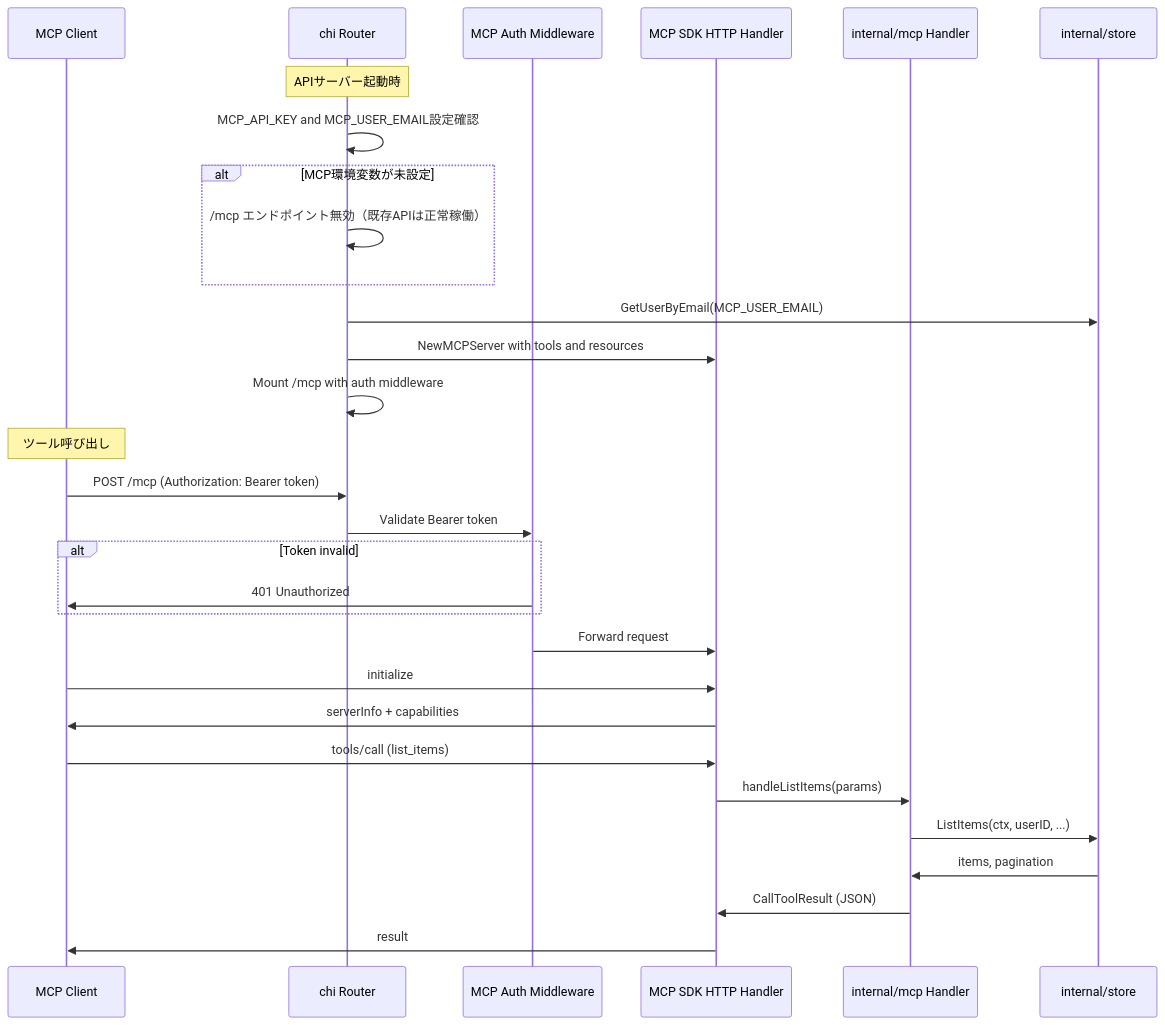
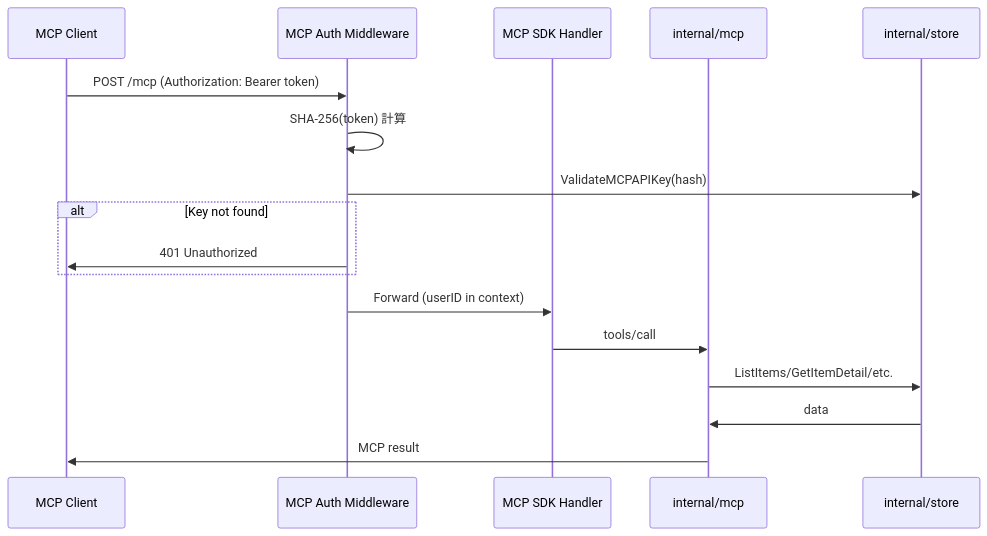
The third of 3 diagrams in .kiro/specs/mcp-article-features/design.md (hitoshiichikawa/altpocket-server), drawn with Mermaid before and after one commit. The commit also changed other lines of this file and 2 other files, not shown here.

````diff
--- a/.kiro/specs/mcp-article-features/design.md
+++ b/.kiro/specs/mcp-article-features/design.md
@@ -97,35 +107,20 @@
 ```mermaid
 sequenceDiagram
     participant Client as MCP Client
-    participant Router as chi Router
     participant Auth as MCP Auth Middleware
-    participant SDK as MCP SDK HTTP Handler
-    participant Handler as internal/mcp Handler
+    participant SDK as MCP SDK Handler
+    participant Handler as internal/mcp
     participant Store as internal/store
 
-    Note over Router: APIサーバー起動時
-    Router->>Router: MCP_API_KEY and MCP_USER_EMAIL設定確認
-    alt MCP環境変数が未設定
-        Router->>Router: /mcp エンドポイント無効（既存APIは正常稼働）
-    end
-    Router->>Store: GetUserByEmail(MCP_USER_EMAIL)
-    Router->>SDK: NewMCPServer with tools and resources
-    Router->>Router: Mount /mcp with auth middleware
-
-    Note over Client: ツール呼び出し
-    Client->>Router: POST /mcp (Authorization: Bearer token)
-    Router->>Auth: Validate Bearer token
-    alt Token invalid
+    Client->>Auth: POST /mcp (Authorization: Bearer token)
+    Auth->>Auth: SHA-256(token) 計算
+    Auth->>Store: ValidateMCPAPIKey(hash)
+    alt Key not found
         Auth->>Client: 401 Unauthorized
     end
-    Auth->>SDK: Forward request
-    Client->>SDK: initialize
-    SDK->>Client: serverInfo + capabilities
-
-    Client->>SDK: tools/call (list_items)
-    SDK->>Handler: handleListItems(params)
-    Handler->>Store: ListItems(ctx, userID, ...)
-    Store->>Handler: items, pagination
-    Handler->>SDK: CallToolResult (JSON)
-    SDK->>Client: result
+    Auth->>SDK: Forward (userID in context)
+    SDK->>Handler: tools/call
+    Handler->>Store: ListItems/GetItemDetail/etc.
+    Store->>Handler: data
+    Handler->>Client: MCP result
 ```
````
